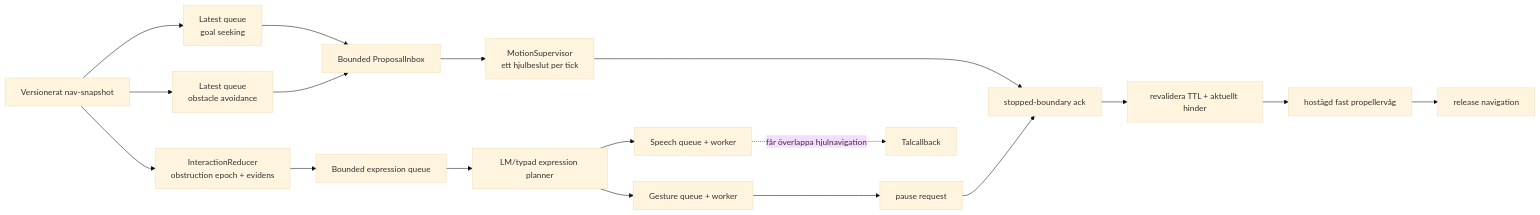
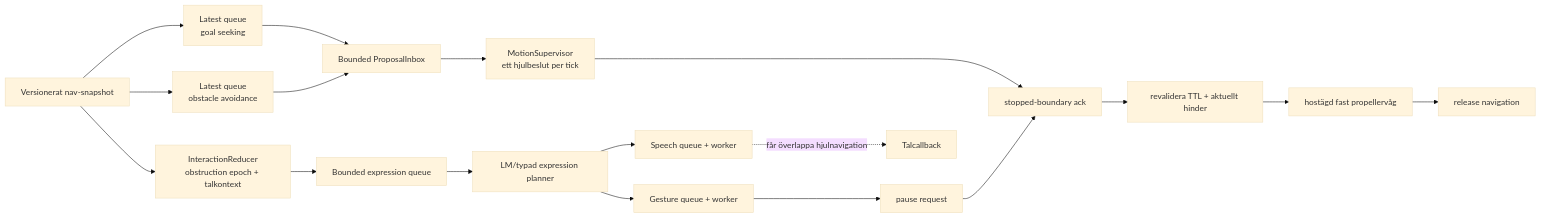
The third of 5 diagrams in docs/ARCHITECTURE.md (Jawbreaker1/robot-llm), drawn with Mermaid (base theme) before and after one commit. The commit also changed other lines of this file and 6 other files, not shown here.

````diff
--- a/docs/ARCHITECTURE.md
+++ b/docs/ARCHITECTURE.md
@@ -238,21 +238,21 @@
 ```mermaid
 flowchart LR
     O["Versionerat nav-snapshot"] --> N1["Latest queue<br/>goal seeking"]
     O --> N2["Latest queue<br/>obstacle avoidance"]
     N1 --> I["Bounded ProposalInbox"]
     N2 --> I
     I --> M["MotionSupervisor<br/>ett hjulbeslut per tick"]
 
-    O --> R["InteractionReducer<br/>obstruction epoch + evidens"]
+    O --> R["InteractionReducer<br/>obstruction epoch + talkontext"]
     R --> Q["Bounded expression queue"]
     Q --> L["LM/typad expression planner"]
     L --> S["Speech queue + worker"]
     L --> G["Gesture queue + worker"]
     S -.->|"får överlappa hjulnavigation"| A["Talcallback"]
     G --> P["pause request"]
     M --> K["stopped-boundary ack"]
     P --> K
     K --> V["revalidera TTL + aktuellt hinder"]
     V --> W["hostägd fast propellervåg"]
     W --> X["release navigation"]
 ```
````
